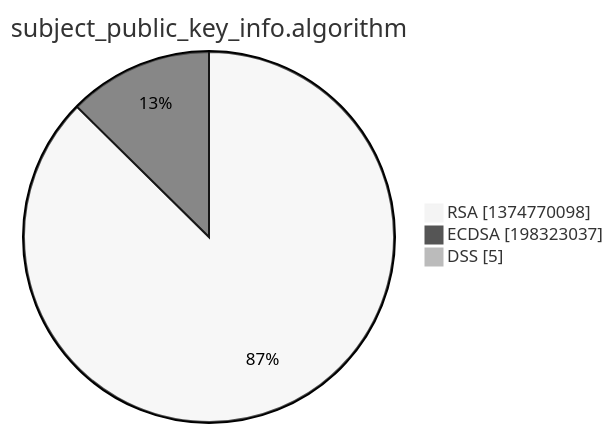
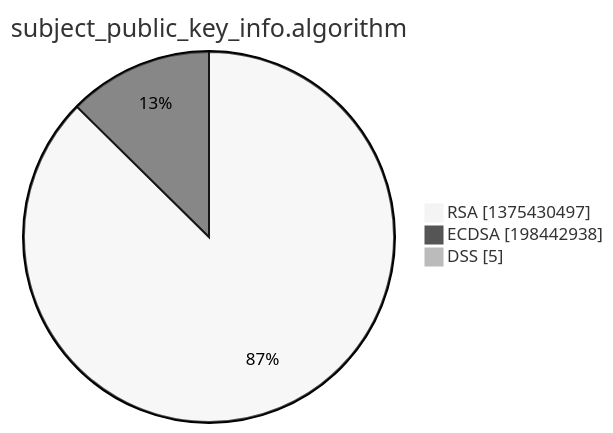
One commit to christiankrug/ctmonitor_visualization changed the third of 15 diagrams in xenon2022/README.md. Above: the diagram before and after it, drawn with Mermaid (neutral theme). The commit also changed other lines of this file, not shown here.

````diff
--- a/xenon2022/README.md
+++ b/xenon2022/README.md
@@ -14,7 +14,7 @@
 ```mermaid
 pie showData
 title subject_public_key_info.algorithm
-"RSA" :1374770098
-"ECDSA" :198323037
+"RSA" :1375430497
+"ECDSA" :198442938
 "DSS" :5
 ```
````
